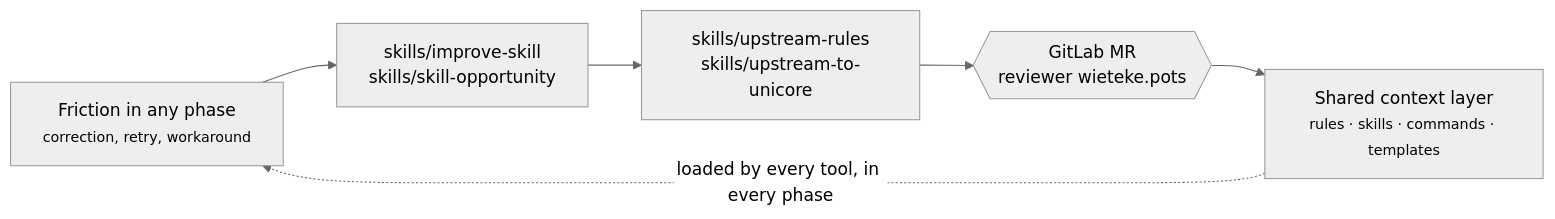
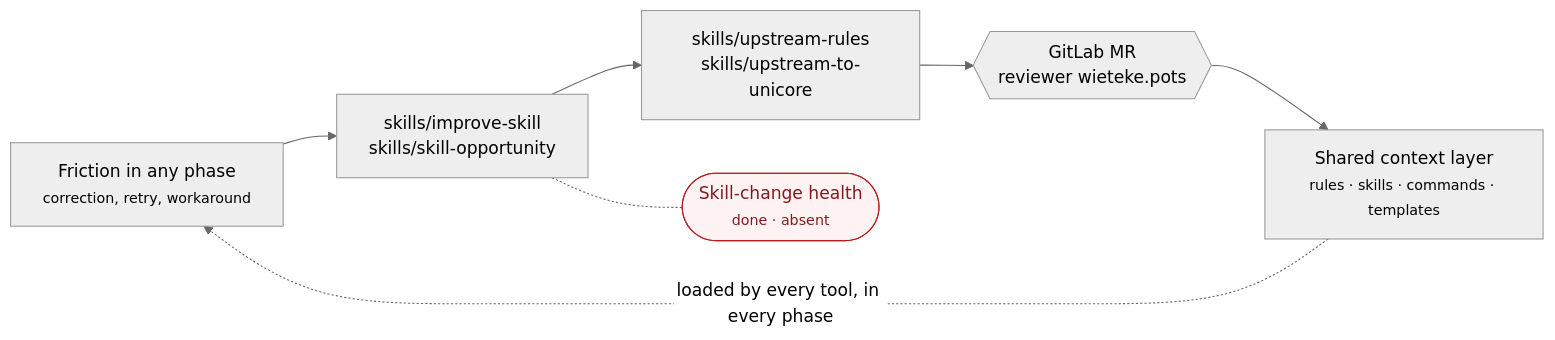
One commit to wpots/ai-workflows changed the second of 2 diagrams in docs/pipeline-map.md. Above: the diagram before and after it, drawn with Mermaid (neutral theme). The commit also changed other lines of this file and 2 other files, not shown here.

First line of the commit message:
docs(pipeline-map): close the scope decisions, add the skill-change gate

````diff
--- a/docs/pipeline-map.md
+++ b/docs/pipeline-map.md
@@ -94,11 +111,17 @@
 ```mermaid
 flowchart LR
   friction["Friction in any phase<br/><small>correction, retry, workaround</small>"]
   learn["skills/improve-skill<br/>skills/skill-opportunity"]
   upstream["skills/upstream-rules<br/>skills/upstream-to-unicore"]
   gate{{"GitLab MR<br/>reviewer wieteke.pots"}}
   ctx["Shared context layer<br/><small>rules · skills · commands · templates</small>"]
 
+  evals(["Skill-change health<br/><small>done · absent</small>"])
+
   friction --> learn --> upstream --> gate --> ctx
   ctx -. "loaded by every tool, in every phase" .-> friction
+  learn -.- evals
+
+  classDef gap fill:#fef2f2,stroke:#b91c1c,color:#7f1d1d;
+  class evals gap;
 ```
````
